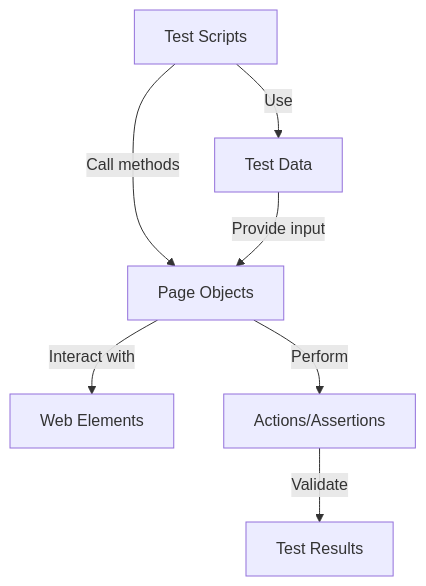
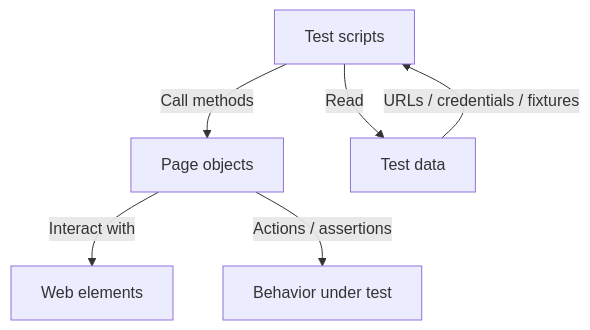
One commit to vaisakhsrinivas/playwright changed the diagram in README.md. Above: the diagram before and after it, drawn with Mermaid. The commit also changed other lines of this file, not shown here.

````diff
--- a/README.md
+++ b/README.md
@@ -52,9 +70,8 @@
 ```mermaid
 graph TD
-    A[Test Scripts] -->|Call methods| B[Page Objects]
-    B -->|Interact with| C[Web Elements]
-    A -->|Use| D[Test Data]
-    D -->|Provide input| B
-    B -->|Perform| E[Actions/Assertions]
-    E -->|Validate| F[Test Results]
+    A[Test scripts] -->|Call methods| B[Page objects]
+    B -->|Interact with| C[Web elements]
+    A -->|Read| D[Test data]
+    D -->|URLs / credentials / fixtures| A
+    B -->|Actions / assertions| E[Behavior under test]
 ```
````
